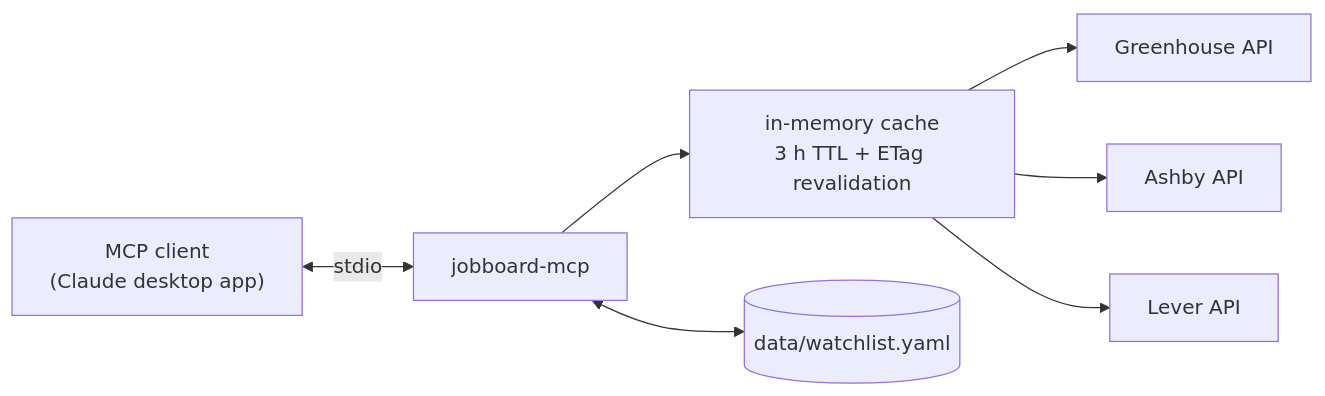
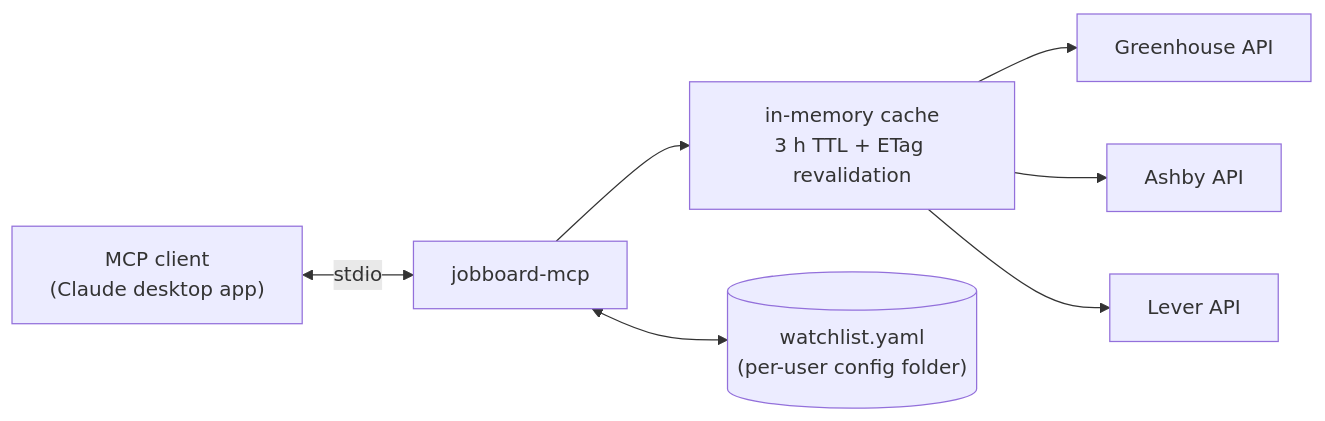
Before and after one commit to HakujouRyu/jobboard-mcp: the diagram in README.md, drawn with Mermaid. The commit also changed other lines of this file and 16 other files, not shown here.

First line of the commit message:
Move the default watchlist to a per-user config folder

````diff
--- a/README.md
+++ b/README.md
@@ -16,9 +16,9 @@
 ```mermaid
 flowchart LR
     client["MCP client<br/>(Claude desktop app)"] <-->|stdio| server["jobboard-mcp"]
     server --> cache["in-memory cache<br/>3 h TTL + ETag revalidation"]
     cache --> gh["Greenhouse API"]
     cache --> ash["Ashby API"]
     cache --> lev["Lever API"]
-    server <--> yaml[("data/watchlist.yaml")]
+    server <--> yaml[("watchlist.yaml<br/>(per-user config folder)")]
 ```
````
